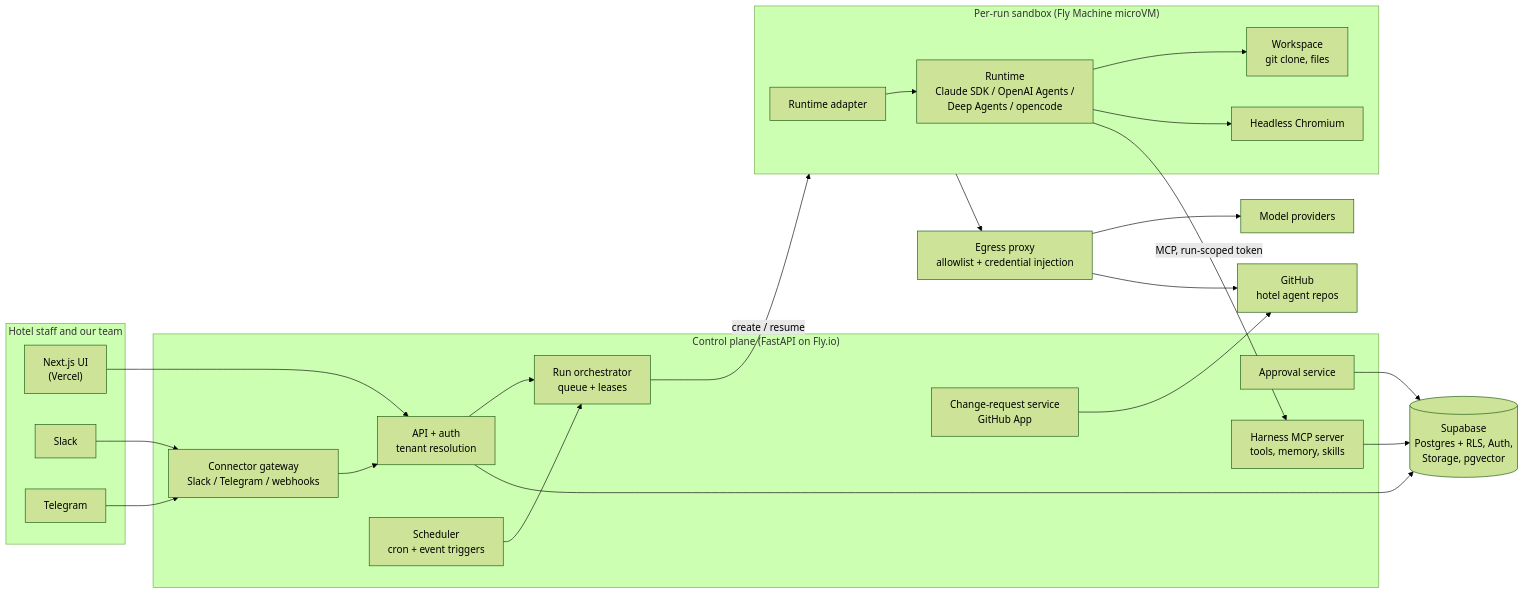
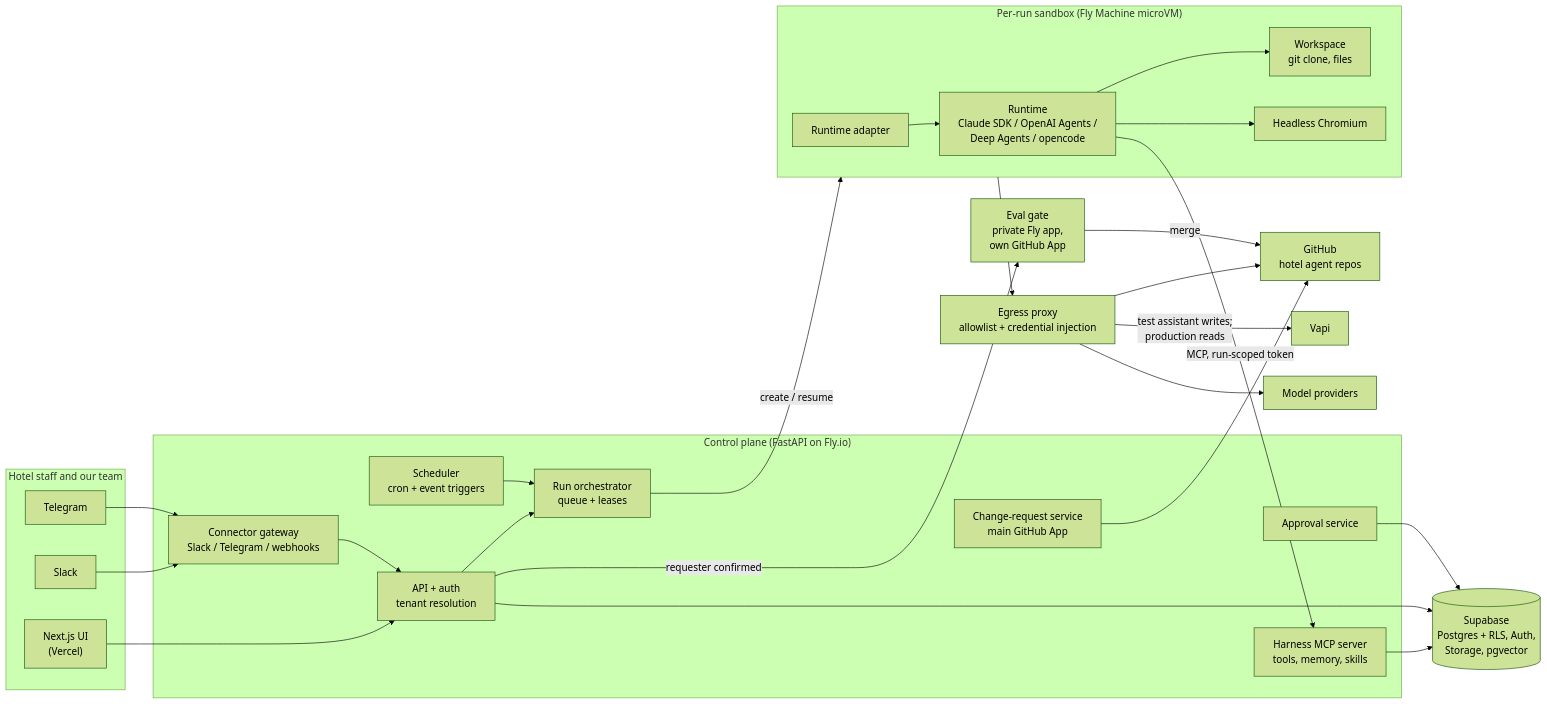
The first of 4 diagrams in docs/architecture.md (nikhilllmno/vorflux), drawn with Mermaid (forest theme) before and after one commit. The commit also changed other lines of this file, not shown here.

First line of the commit message:
docs: apply round-4 answers: eval gate, BAML, standard hotel layout

````diff
--- a/docs/architecture.md
+++ b/docs/architecture.md
@@ -170,54 +187,59 @@
 ```mermaid
 ---
 config:
   flowchart:
     wrappingWidth: 1000
 ---
 flowchart LR
   subgraph Users["Hotel staff and our team"]
     UI["Next.js UI<br/>(Vercel)"]
     SL["Slack"]
     TG["Telegram"]
   end
 
   subgraph CP["Control plane (FastAPI on Fly.io)"]
     API["API + auth<br/>tenant resolution"]
     GW["Connector gateway<br/>Slack / Telegram / webhooks"]
     ORCH["Run orchestrator<br/>queue + leases"]
     SCHED["Scheduler<br/>cron + event triggers"]
     APPR["Approval service"]
-    CRS["Change-request service<br/>GitHub App"]
+    CRS["Change-request service<br/>main GitHub App"]
     MCP["Harness MCP server<br/>tools, memory, skills"]
   end
 
   subgraph SB["Per-run sandbox (Fly Machine microVM)"]
     AD["Runtime adapter"]
     RT["Runtime<br/>Claude SDK / OpenAI Agents /<br/>Deep Agents / opencode"]
     WS["Workspace<br/>git clone, files"]
     BR["Headless Chromium"]
   end
 
   DB[("Supabase<br/>Postgres + RLS, Auth,<br/>Storage, pgvector")]
   EG["Egress proxy<br/>allowlist + credential injection"]
   GH["GitHub<br/>hotel agent repos"]
+  GATE["Eval gate<br/>private Fly app,<br/>own GitHub App"]
+  VAPI["Vapi"]
   LLM["Model providers"]
 
   UI --> API
   SL --> GW
   TG --> GW
   GW --> API
   API --> ORCH
   SCHED --> ORCH
   ORCH -->|"create / resume"| SB
   AD --> RT
   RT --> WS
   RT --> BR
   RT -->|"MCP, run-scoped token"| MCP
   MCP --> DB
   API --> DB
   APPR --> DB
   CRS --> GH
   SB --> EG
   EG --> LLM
   EG --> GH
+  EG -->|"test assistant writes;<br/>production reads"| VAPI
+  API -->|"requester confirmed"| GATE
+  GATE -->|"merge"| GH
 ```
````
